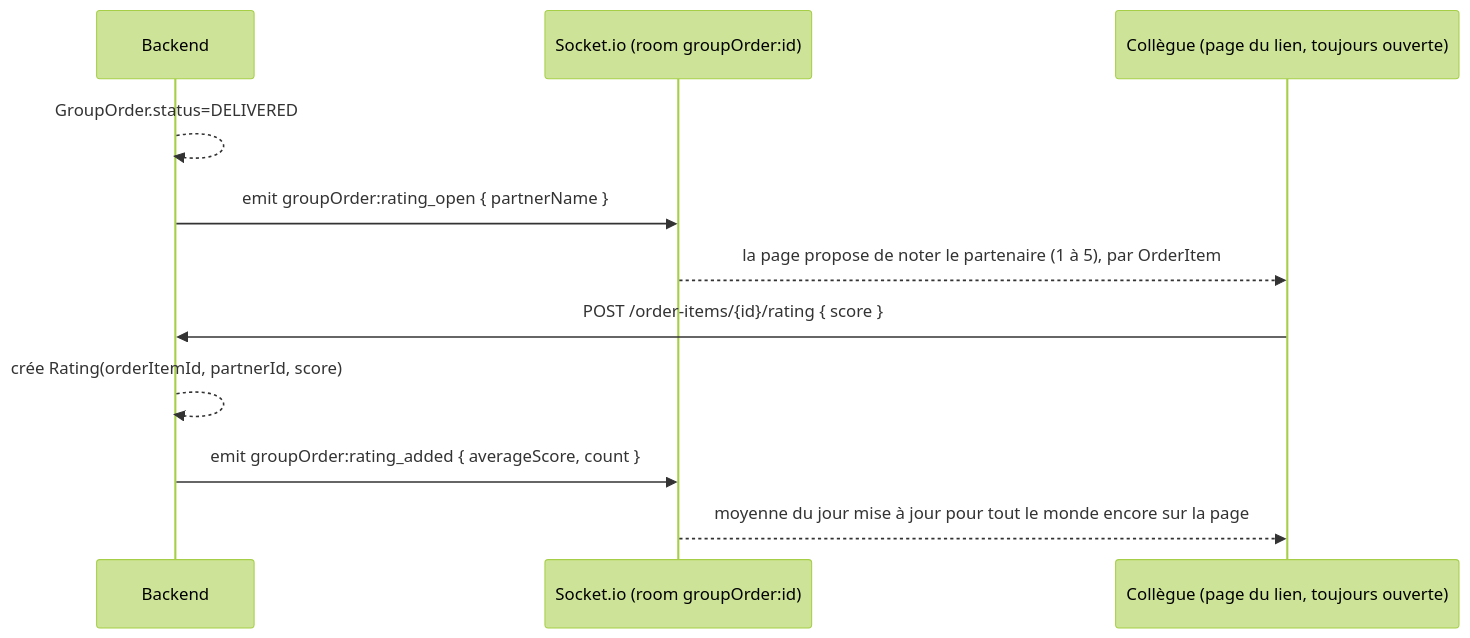
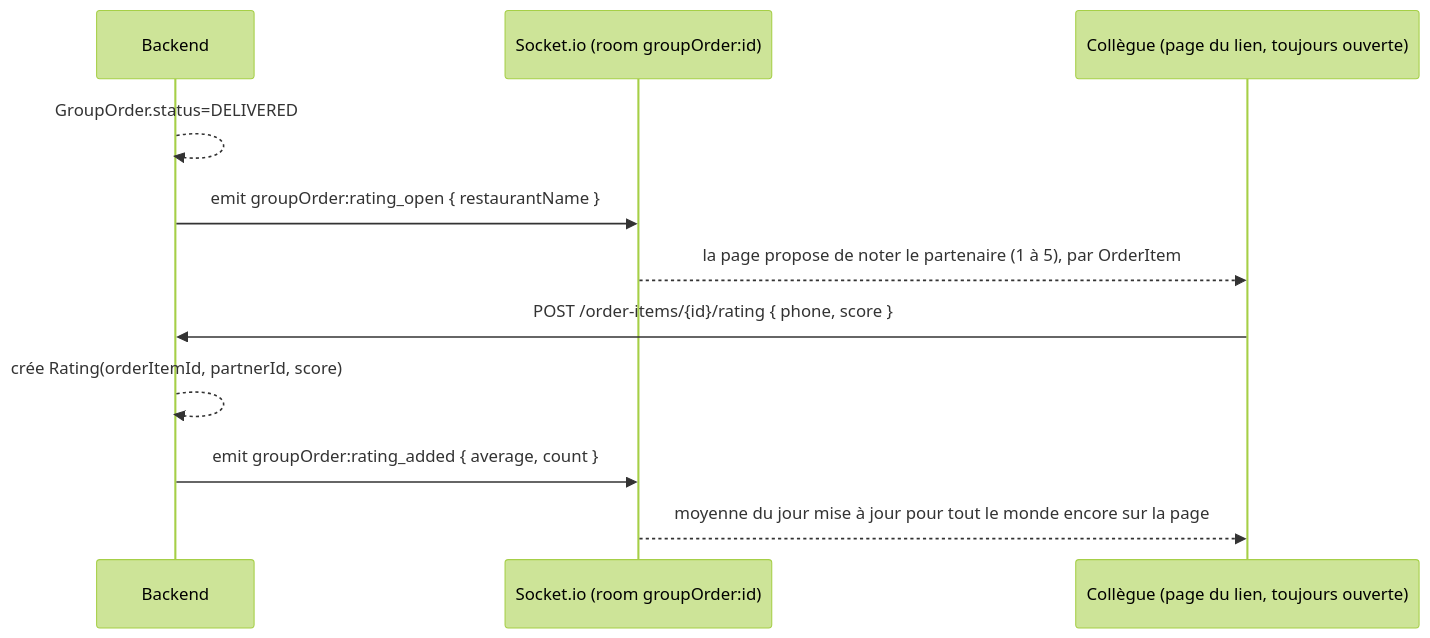
Before and after one commit to mtk14m/toctoc: the fifth of 5 diagrams in docs/09-workflows.md, drawn with Mermaid (forest theme). The commit also changed other lines of this file and 23 other files, not shown here.

First line of the commit message:
feat(api): la notation du restaurant et les remboursements de l'équipe

````diff
--- a/docs/09-workflows.md
+++ b/docs/09-workflows.md
@@ -164,14 +164,14 @@
 ```mermaid
 sequenceDiagram
     participant API as Backend
     participant WS as Socket.io (room groupOrder:id)
     participant Collegue as Collègue (page du lien, toujours ouverte)
 
     API-->>API: GroupOrder.status=DELIVERED
-    API->>WS: emit groupOrder:rating_open { partnerName }
+    API->>WS: emit groupOrder:rating_open { restaurantName }
     WS-->>Collegue: la page propose de noter le partenaire (1 à 5), par OrderItem
-    Collegue->>API: POST /order-items/{id}/rating { score }
+    Collegue->>API: POST /order-items/{id}/rating { phone, score }
     API-->>API: crée Rating(orderItemId, partnerId, score)
-    API->>WS: emit groupOrder:rating_added { averageScore, count }
+    API->>WS: emit groupOrder:rating_added { average, count }
     WS-->>Collegue: moyenne du jour mise à jour pour tout le monde encore sur la page
 ```
````
